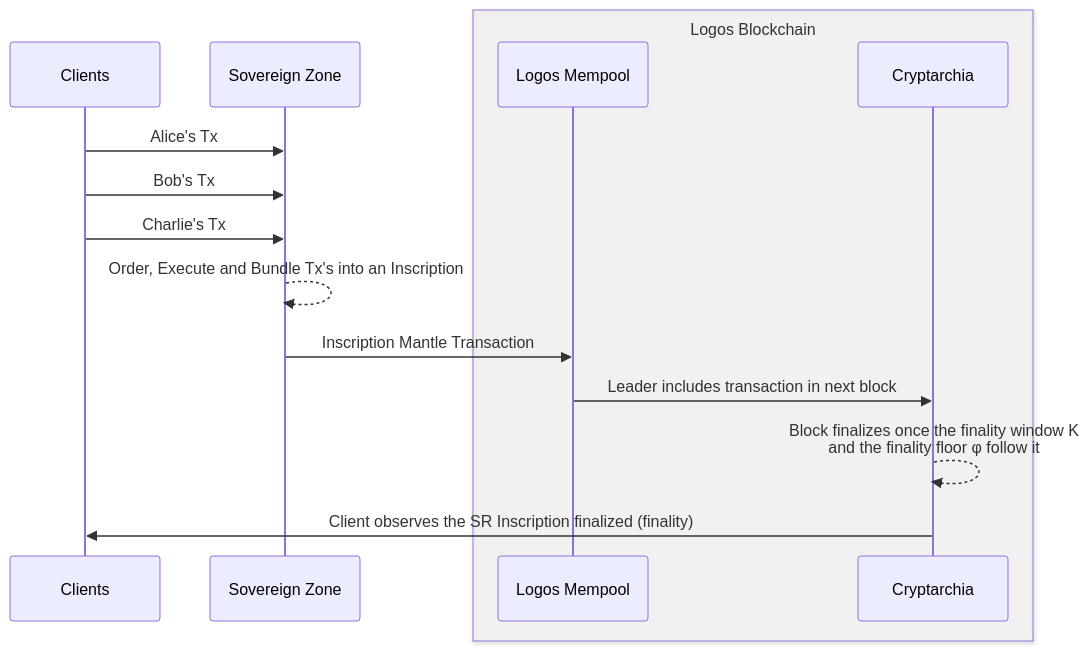
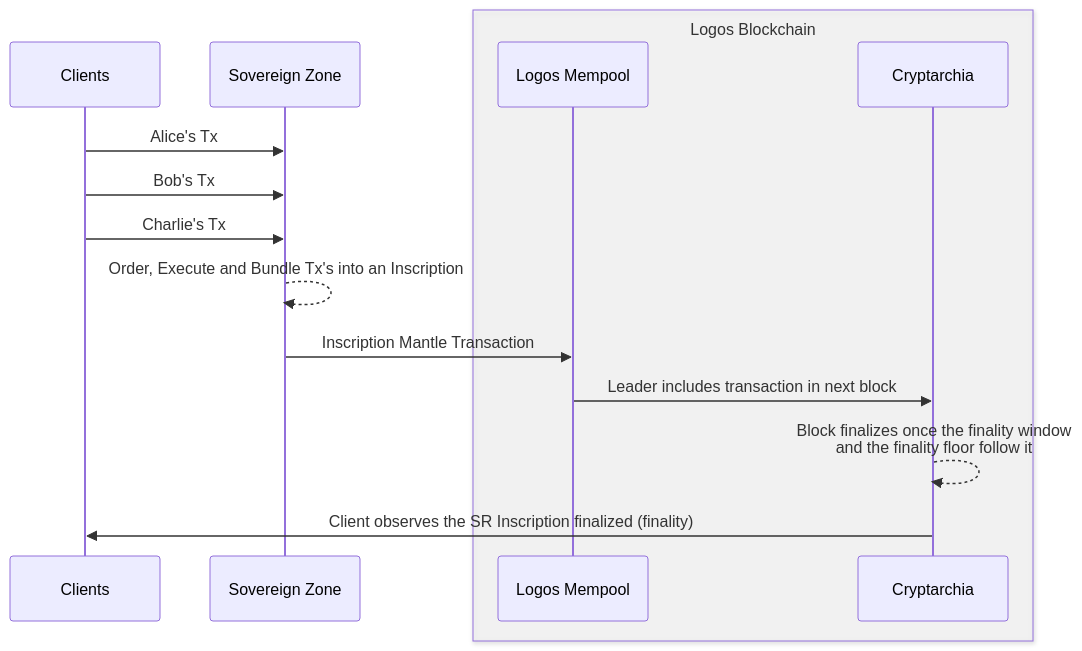
One commit to logos-co/logos-lips changed the diagram in docs/blockchain/raw/bedrock-architecture-overview.md. Above: the diagram before and after it, drawn with Mermaid. The commit also changed other lines of this file and 2 other files, not shown here.

Commit message:
docs(blockchain): state what the finality window must hold
The K row names the share, the chance, the delivery delay and the honest stake online that K is checked against, and the bound on the epoch nonce's grinding that the check takes. It links the definitions of the periods K must exceed, and reads 2 s_gen in place of s_gen.

The Epoch Schedule states that a value is final at the end of its phase only if the finality floor follows it. The Introduction no longer says that longest-chain protocols tolerate half of the participants without a condition. The k row no longer lists its readers. The stake inference takes the tip of its chain as an argument. The architecture diagram names the window and the floor without their symbols.

````diff
--- a/docs/blockchain/raw/bedrock-architecture-overview.md
+++ b/docs/blockchain/raw/bedrock-architecture-overview.md
@@ -75,20 +75,20 @@
 ```mermaid
 sequenceDiagram
     participant C as Clients
 
     participant SZ as Sovereign Zone
 
         box rgba(255,255,255,0.3) Logos Blockchain
             participant Mempool as Logos Mempool
             participant Cryptarchia
         end
 
     C->>SZ: Alice's Tx
     C->>SZ: Bob's Tx
     C->>SZ: Charlie's Tx
     SZ-->>SZ: Order, Execute and Bundle Tx's into an Inscription
     SZ ->> Mempool: Inscription Mantle Transaction
     Mempool ->> Cryptarchia: Leader includes transaction in next block
-    Cryptarchia -->> Cryptarchia: Block finalizes once the finality window K<br/>and the finality floor φ follow it
+    Cryptarchia -->> Cryptarchia: Block finalizes once the finality window<br/>and the finality floor follow it
     Cryptarchia ->> C: Client observes the SR Inscription finalized (finality)
 ```
````
